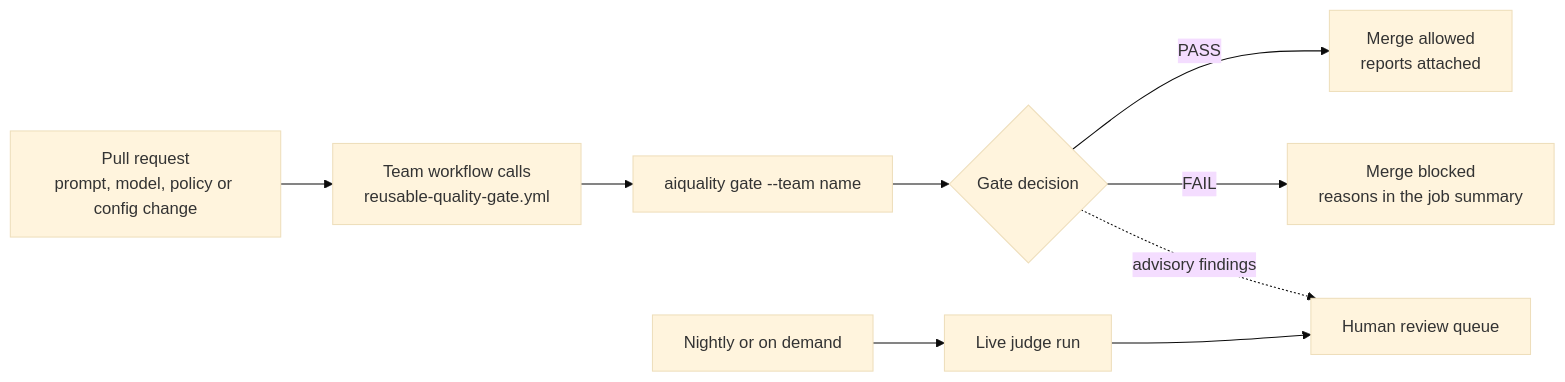
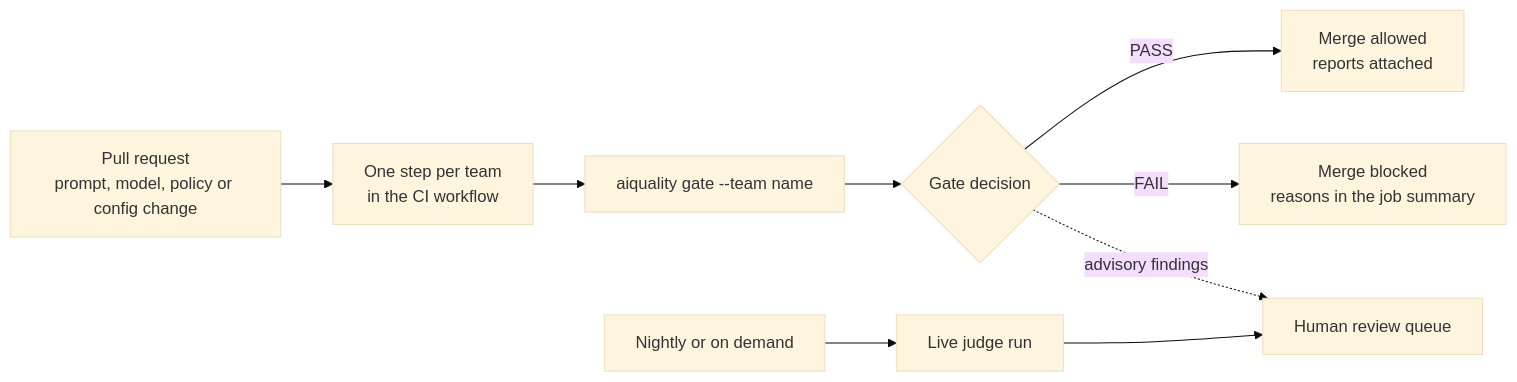
The third of 3 diagrams in docs/architecture.md (rahulsharma-qe/ai-quality-lab), drawn with Mermaid (base theme) before and after one commit. The commit also changed other lines of this file and 1 other file, not shown here.

First line of the commit message:
Docs: architecture status and diagrams match what is built

````diff
--- a/docs/architecture.md
+++ b/docs/architecture.md
@@ -109,11 +111,11 @@
 ```mermaid
 flowchart LR
-  A["Pull request<br/>prompt, model, policy or config change"] --> B["Team workflow calls<br/>reusable-quality-gate.yml"]
+  A["Pull request<br/>prompt, model, policy or config change"] --> B["One step per team<br/>in the CI workflow"]
   B --> C["aiquality gate --team name"]
   C --> D{"Gate decision"}
   D -->|"PASS"| E["Merge allowed<br/>reports attached"]
   D -->|"FAIL"| F["Merge blocked<br/>reasons in the job summary"]
   D -.->|"advisory findings"| Q["Human review queue"]
   G["Nightly or on demand"] --> H["Live judge run"]
   H --> Q
 ```
````
